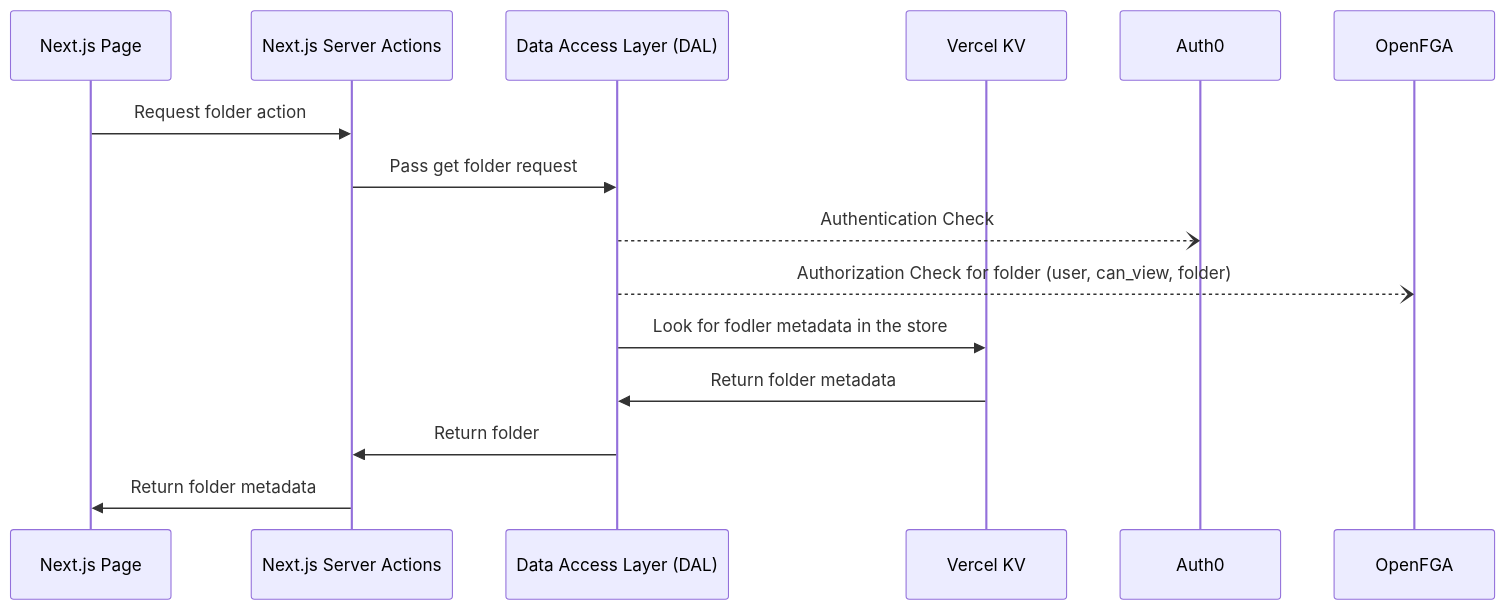
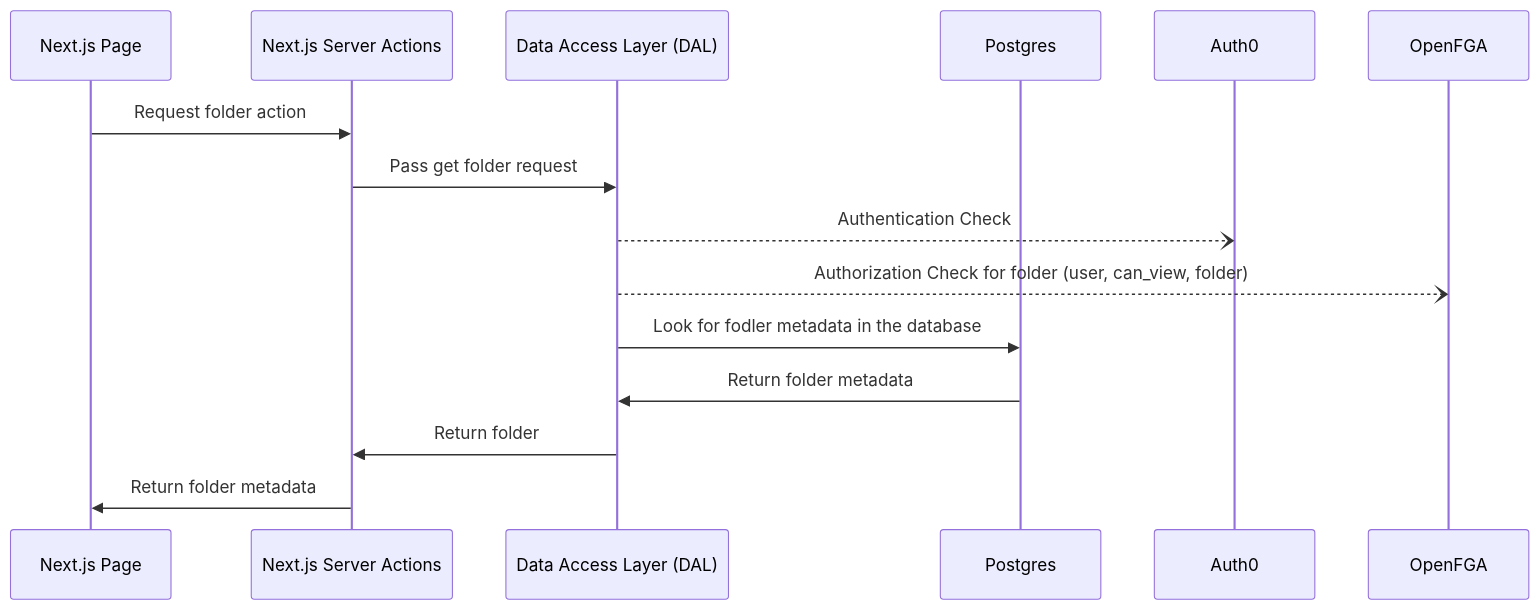
Before and after one commit to oktadev/fga-drive-example: the fifth of 8 diagrams in README.md, drawn with Mermaid. The commit also changed other lines of this file and 1 other file, not shown here.

Commit message:
Update readme with Postgres info

````diff
--- a/README.md
+++ b/README.md
@@ -281,17 +285,17 @@
 ```mermaid
 sequenceDiagram;
   participant Next.js Page
   participant Next.js Server Actions
   participant Data Access Layer (DAL)
-  participant Vercel KV
+  participant Postgres
   participant Auth0
   participant OpenFGA
   Next.js Page->>Next.js Server Actions: Request folder action
   Next.js Server Actions->>Data Access Layer (DAL): Pass get folder request
   Data Access Layer (DAL)--)Auth0: Authentication Check
   Data Access Layer (DAL)--)OpenFGA: Authorization Check for folder (user, can_view, folder)
-  Data Access Layer (DAL)->>Vercel KV: Look for fodler metadata in the store
-  Vercel KV->>Data Access Layer (DAL): Return folder metadata
+  Data Access Layer (DAL)->>Postgres: Look for fodler metadata in the database
+  Postgres->>Data Access Layer (DAL): Return folder metadata
   Data Access Layer (DAL)->>Next.js Server Actions: Return folder
   Next.js Server Actions->>Next.js Page: Return folder metadata
 ```
````
